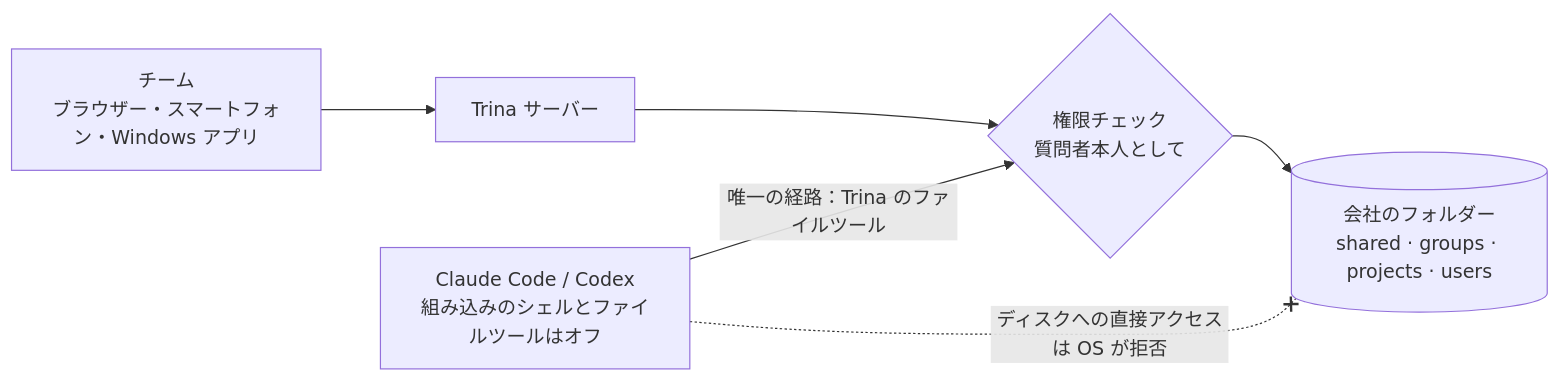
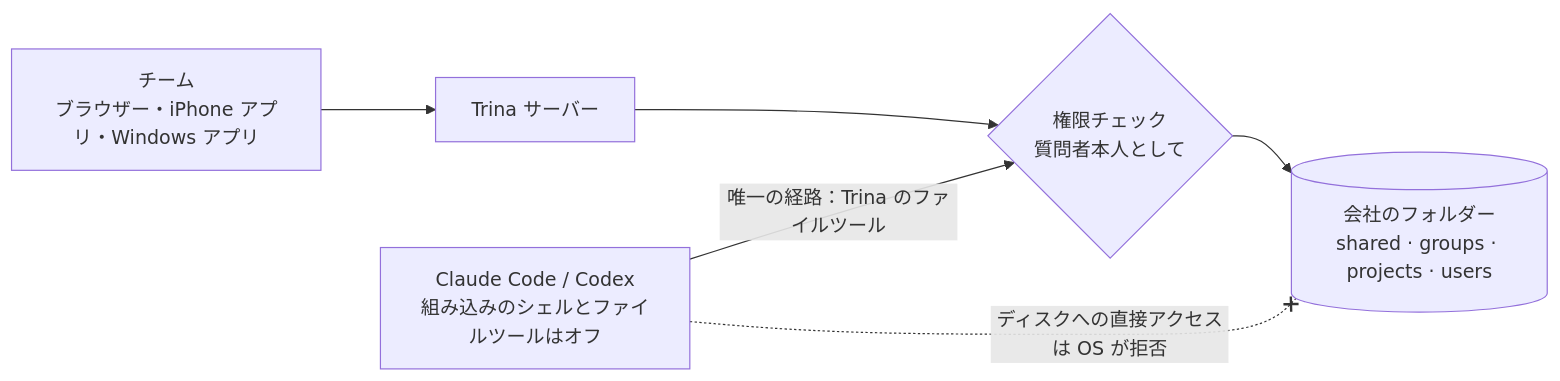
One commit to trina-app/trina-ax changed the diagram in README.ja.md. Above: the diagram before and after it, drawn with Mermaid. The commit also changed other lines of this file and 9 other files, not shown here.

````diff
--- a/README.ja.md
+++ b/README.ja.md
@@ -69,8 +95,8 @@
 ```mermaid
 flowchart LR
-  P["チーム<br/>ブラウザー・スマートフォン・Windows アプリ"] --> S["Trina サーバー"]
+  P["チーム<br/>ブラウザー・iPhone アプリ・Windows アプリ"] --> S["Trina サーバー"]
   E["Claude Code / Codex<br/>組み込みのシェルとファイルツールはオフ"] -->|"唯一の経路：Trina のファイルツール"| C{"権限チェック<br/>質問者本人として"}
   S --> C
   C --> D[("会社のフォルダー<br/>shared · groups · projects · users")]
   E -. "ディスクへの直接アクセスは OS が拒否" .-x D
 ```
````
